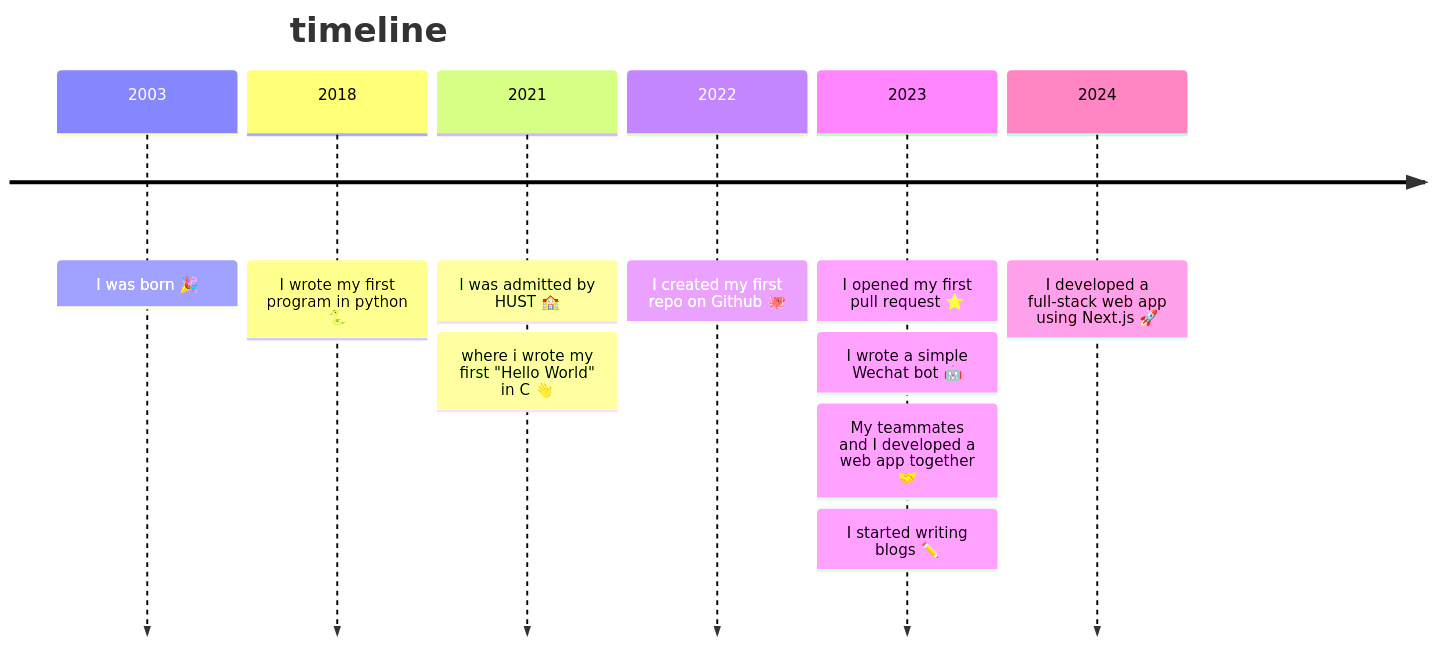
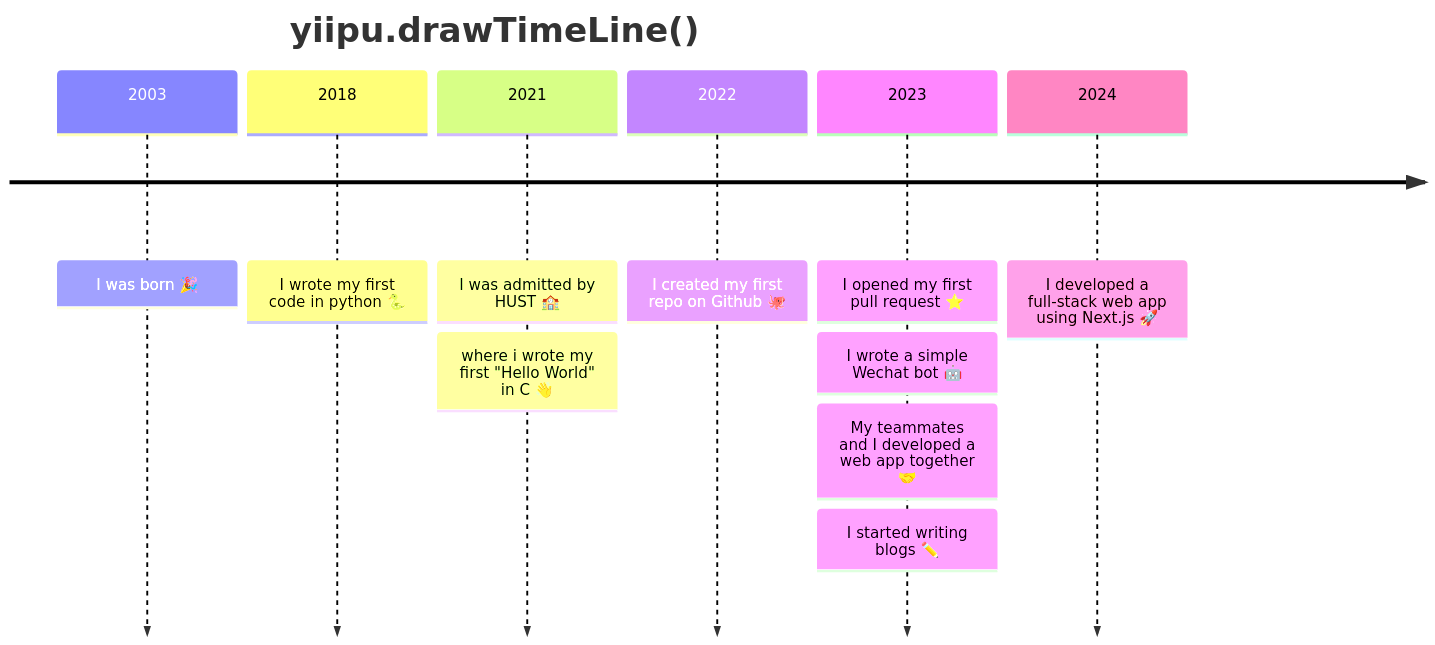
One commit to Yiipu/Yiipu changed the diagram in README.md. Above: the diagram before and after it, drawn with Mermaid.

````diff
--- a/README.md
+++ b/README.md
@@ -48,14 +48,14 @@
 ```mermaid
 timeline
-    title timeline
+    title yiipu.drawTimeLine()
     2003 : I was born 🎉
-    2018 : I wrote my first program in python 🐍
+    2018 : I wrote my first code in python 🐍
     2021 : I was admitted by HUST 🏫
          : where i wrote my first "Hello World" in C 👋
     2022 : I created my first repo on Github 🐙
     2023 : I opened my first pull request ⭐️
          : I wrote a simple Wechat bot 🤖
          : My teammates and I developed a web app together 🤝
          : I started writing blogs ✏️
     2024 : I developed a full-stack web app using Next.js 🚀
 ```
````
